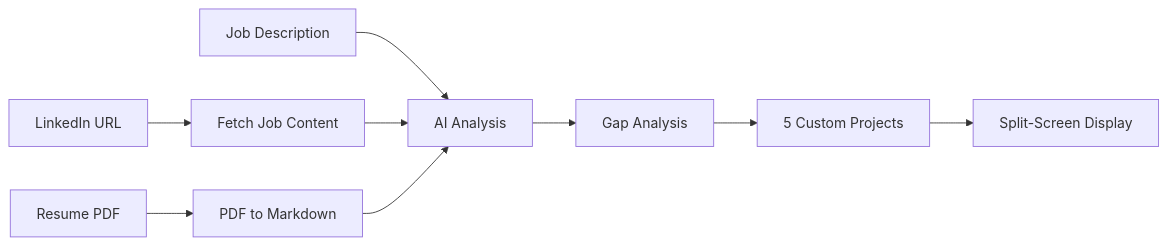
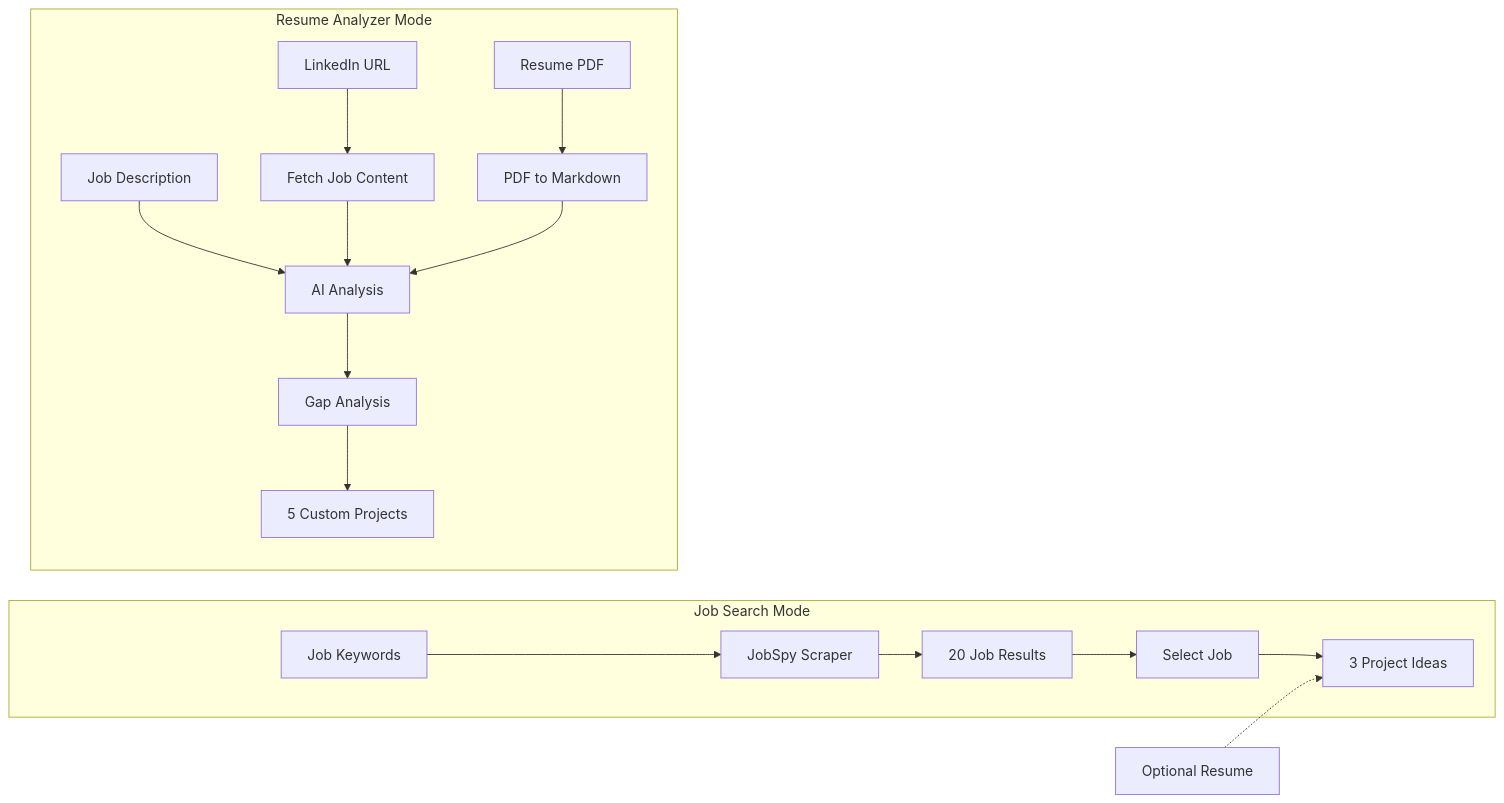
Before and after one commit to SagarMeisheri/handson.ai: the diagram in README.md, drawn with Mermaid. The commit also changed other lines of this file, not shown here.

````diff
--- a/README.md
+++ b/README.md
@@ -139,11 +165,21 @@
 ```mermaid
 flowchart LR
-    Resume[Resume PDF] --> Extract[PDF to Markdown]
-    URL[LinkedIn URL] --> Fetch[Fetch Job Content]
-    JobDesc[Job Description] --> LLM[AI Analysis]
-    Fetch --> LLM
-    Extract --> LLM
-    LLM --> Gap[Gap Analysis]
-    Gap --> Projects[5 Custom Projects]
-    Projects --> Display[Split-Screen Display]
+    subgraph JobSearch[Job Search Mode]
+        Keywords[Job Keywords] --> JobSpy[JobSpy Scraper]
+        JobSpy --> Jobs[20 Job Results]
+        Jobs --> Select[Select Job]
+        Select --> Projects3[3 Project Ideas]
+    end
+    
+    subgraph ResumeMode[Resume Analyzer Mode]
+        Resume[Resume PDF] --> Extract[PDF to Markdown]
+        URL[LinkedIn URL] --> Fetch[Fetch Job Content]
+        JobDesc[Job Description] --> LLM[AI Analysis]
+        Fetch --> LLM
+        Extract --> LLM
+        LLM --> Gap[Gap Analysis]
+        Gap --> Projects5[5 Custom Projects]
+    end
+    
+    OptResume[Optional Resume] -.-> Projects3
 ```
````
